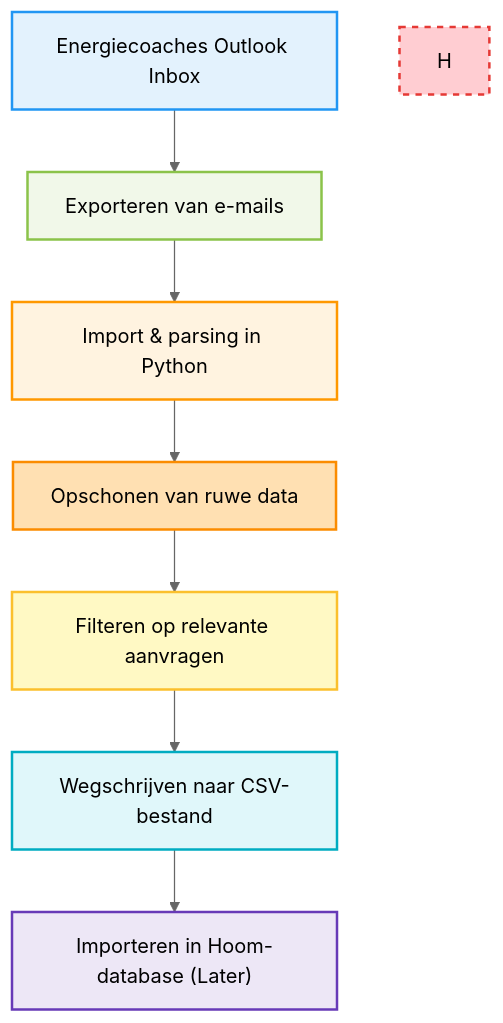
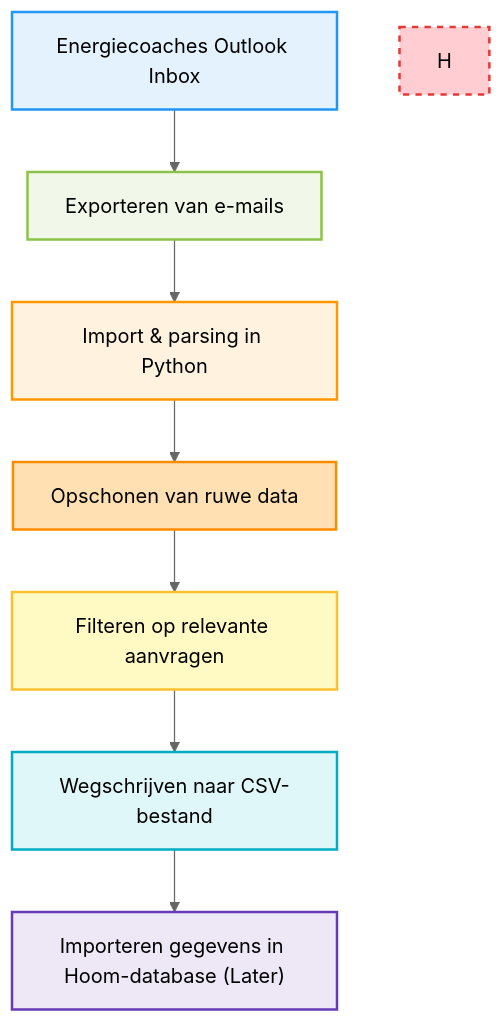
One commit to ConnieVeer/connieveer changed the diagram in docs/projects/mail-to-sql.md. Above: the diagram before and after it, drawn with Mermaid (neutral theme). The commit also changed other lines of this file, not shown here.

```diff
--- a/docs/projects/mail-to-sql.md
+++ b/docs/projects/mail-to-sql.md
@@ -21,19 +19,19 @@
 <pre class="mermaid">
 flowchart TD
     A[Energiecoaches Outlook Inbox] --> B[Exporteren van e-mails]
     B --> C[Import & parsing in Python]
     C --> D[Opschonen van ruwe data]
     D --> E[Filteren op relevante aanvragen]
     E --> F[Wegschrijven naar CSV-bestand]
-    F --> G["Importeren in Hoom-database (Later)"]
+    F --> G["Importeren gegevens in Hoom-database (Later)"]
   
 
     style A fill:#e3f2fd,stroke:#2196f3,stroke-width:2px
     style B fill:#f1f8e9,stroke:#8bc34a,stroke-width:2px
     style C fill:#fff3e0,stroke:#ff9800,stroke-width:2px
     style D fill:#ffe0b2,stroke:#fb8c00,stroke-width:2px
     style E fill:#fff9c4,stroke:#fbc02d,stroke-width:2px
     style F fill:#e0f7fa,stroke:#00acc1,stroke-width:2px
     style G fill:#ede7f6,stroke:#673ab7,stroke-width:2px
     style H fill:#ffcdd2,stroke:#e53935,stroke-width:2px,stroke-dasharray: 5 5
 </pre>
```
